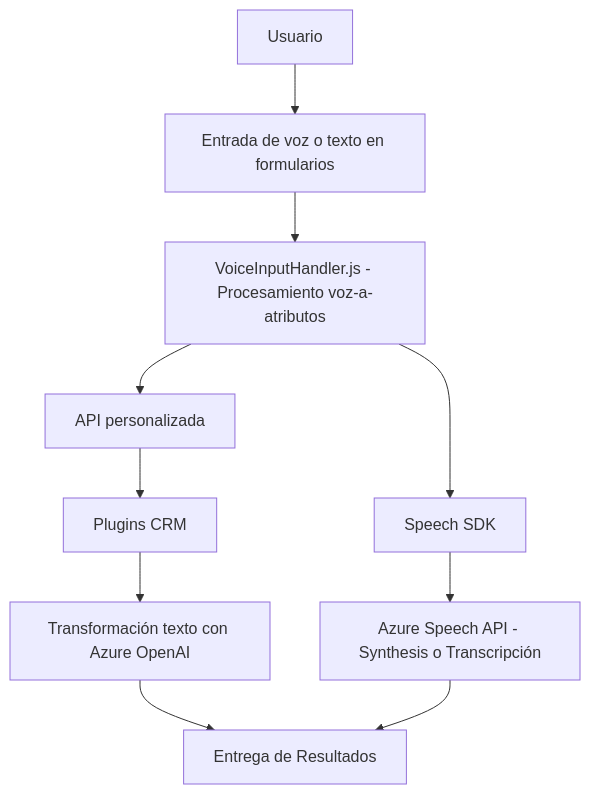
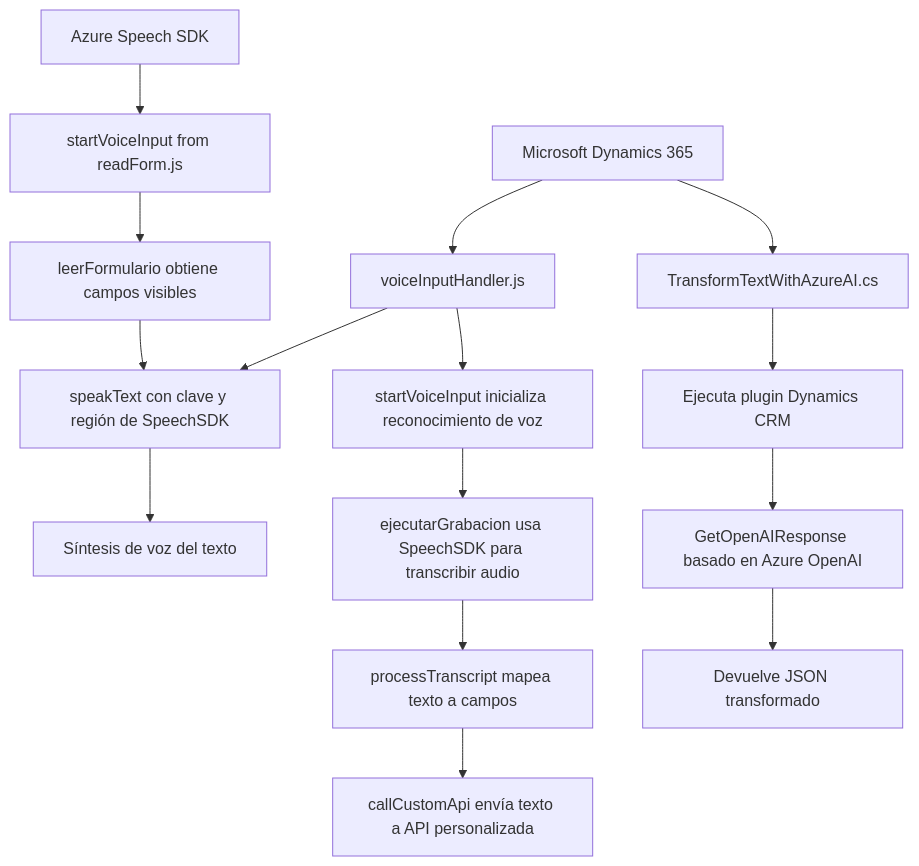
Before and after one commit to blopezdm/NETCORE_BILBAO2025: the diagram in README.md, drawn with Mermaid. The commit also changed other lines of this file, not shown here.

Commit message:
Actualizar análisis global de la solución con IA

````diff
--- a/README.md
+++ b/README.md
@@ -33,22 +55,20 @@
 ```mermaid
 graph TD
-    A["Usuario"]
-    B["Entrada de voz o texto en formularios"]
-    C["VoiceInputHandler.js - Procesamiento voz-a-atributos"]
-    D["Speech SDK"]
-    E["Azure Speech API - Synthesis o Transcripción"]
-    F["API personalizada"]
-    G["Plugins CRM"]
-    H["Transformación texto con Azure OpenAI"]
-    I["Entrega de Resultados"]
+    A["Azure Speech SDK"] --> B["startVoiceInput from readForm.js"]
+    B --> C["leerFormulario obtiene campos visibles"]
+    C --> D["speakText con clave y región de SpeechSDK"]
+    D --> E["Síntesis de voz del texto"]
 
-    A --> B
-    B --> C
-    C --> D
-    D --> E
-    C --> F
-    F --> G
-    G --> H
-    H --> I
-    E --> I
+    F["voiceInputHandler.js"] --> G["startVoiceInput inicializa reconocimiento de voz"]
+    G --> H["ejecutarGrabacion usa SpeechSDK para transcribir audio"]
+    H --> I["processTranscript mapea texto a campos"]
+    I --> J["callCustomApi envía texto a API personalizada"]
+    
+    K["TransformTextWithAzureAI.cs"] --> L["Ejecuta plugin Dynamics CRM"]
+    L --> M["GetOpenAIResponse basado en Azure OpenAI"]
+    M --> N["Devuelve JSON transformado"]
+    
+    X["Microsoft Dynamics 365"] --> F
+    X --> K
+    F --> D
 ```
````
